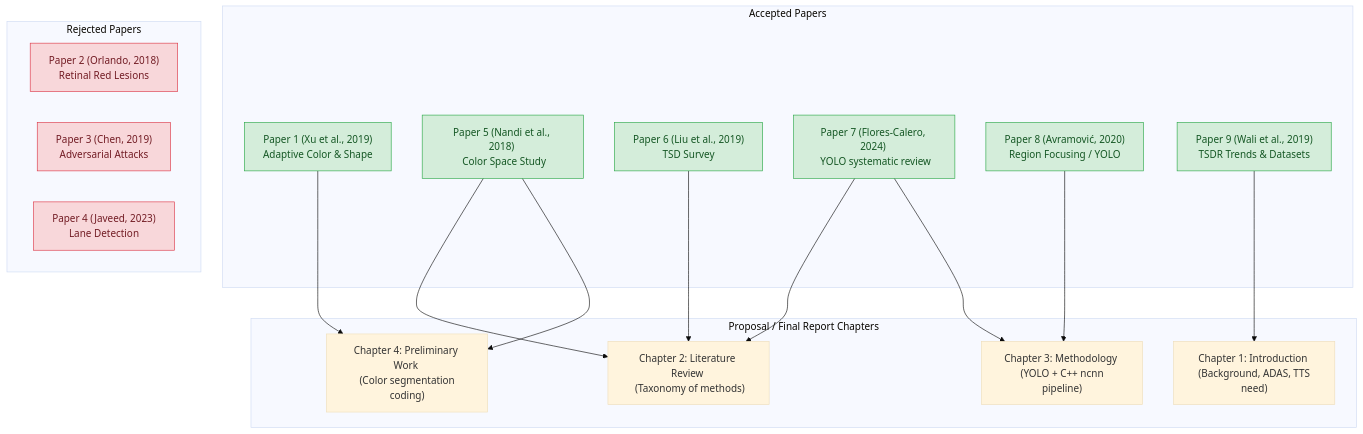
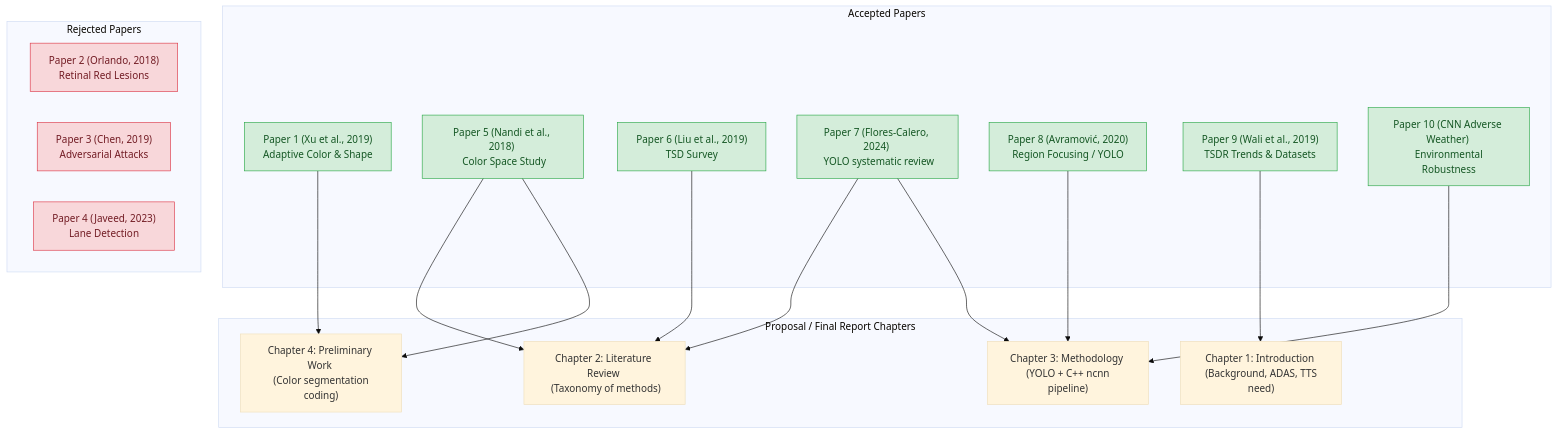
Before and after one commit to Kendrew1119/Intelligent-Malaysian-Traffic-Sign-Recognition-Using-Real-Time-Camera-Detection-on-Android: the diagram in literature_review.md, drawn with Mermaid (base theme). The commit also changed other lines of this file and 10 other files, not shown here.

````diff
--- a/literature_review.md
+++ b/literature_review.md
@@ -198,36 +213,38 @@
 ```mermaid
 graph TD
     classDef canUse fill:#d4edda,stroke:#28a745,color:#155724;
     classDef cantUse fill:#f8d7da,stroke:#dc3545,color:#721c24;
 
     subgraph Accepted Papers
         P1["Paper 1 (Xu et al., 2019) <br> Adaptive Color & Shape"]:::canUse
         P5["Paper 5 (Nandi et al., 2018) <br> Color Space Study"]:::canUse
         P6["Paper 6 (Liu et al., 2019) <br> TSD Survey"]:::canUse
         P7["Paper 7 (Flores-Calero, 2024) <br> YOLO systematic review"]:::canUse
         P8["Paper 8 (Avramović, 2020) <br> Region Focusing / YOLO"]:::canUse
         P9["Paper 9 (Wali et al., 2019) <br> TSDR Trends & Datasets"]:::canUse
+        P10["Paper 10 (CNN Adverse Weather) <br> Environmental Robustness"]:::canUse
     end
 
     subgraph Rejected Papers
         P2["Paper 2 (Orlando, 2018) <br> Retinal Red Lesions"]:::cantUse
         P3["Paper 3 (Chen, 2019) <br> Adversarial Attacks"]:::cantUse
         P4["Paper 4 (Javeed, 2023) <br> Lane Detection"]:::cantUse
     end
 
     subgraph Proposal / Final Report Chapters
         Ch1["Chapter 1: Introduction <br> (Background, ADAS, TTS need)"]
         Ch2["Chapter 2: Literature Review <br> (Taxonomy of methods)"]
         Ch3["Chapter 3: Methodology <br> (YOLO + C++ ncnn pipeline)"]
         Ch4["Chapter 4: Preliminary Work <br> (Color segmentation coding)"]
     end
 
     P9 --> Ch1
     P6 --> Ch2
     P5 --> Ch2
     P7 --> Ch2
     P8 --> Ch3
     P7 --> Ch3
+    P10 --> Ch3
     P1 --> Ch4
     P5 --> Ch4
 ```
````
